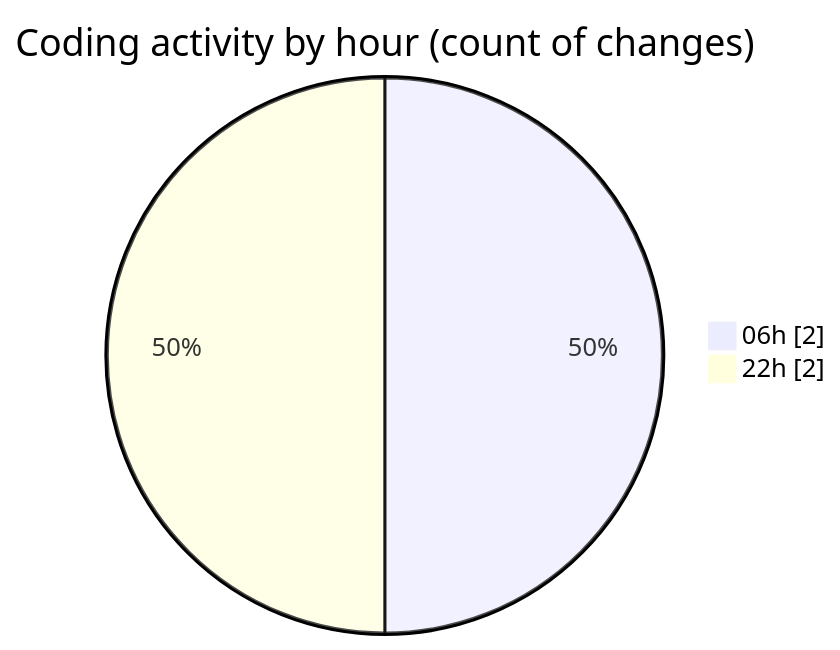
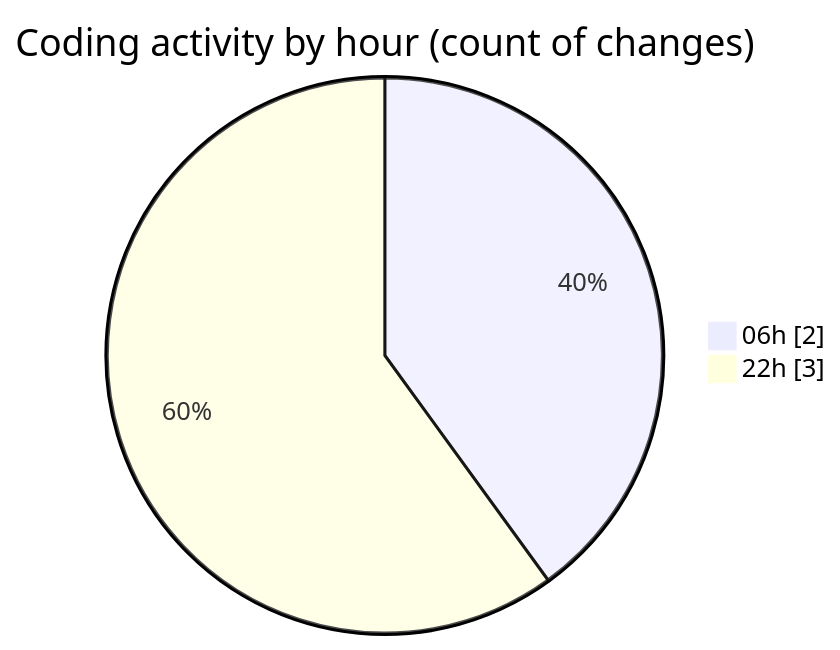
One commit to becaeroporto-bot/code-tracking changed the second of 2 diagrams in 2026-02-21/bot_v1_2/README.md. Above: the diagram before and after it, drawn with Mermaid. The commit also changed other lines of this file and 1 other file, not shown here.

````diff
--- a/2026-02-21/bot_v1_2/README.md
+++ b/2026-02-21/bot_v1_2/README.md
@@ -29,6 +30,6 @@
 ```mermaid
 pie showData
 title Coding activity by hour (count of changes)
 "06h" : 2
-"22h" : 2
+"22h" : 3
 ```
````
